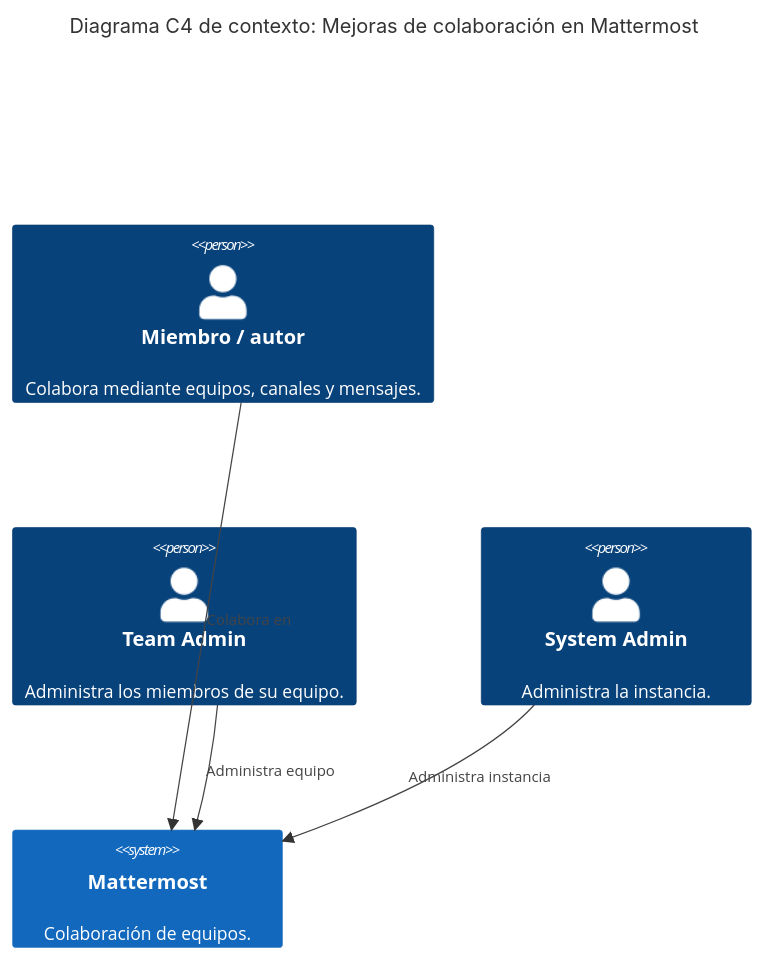
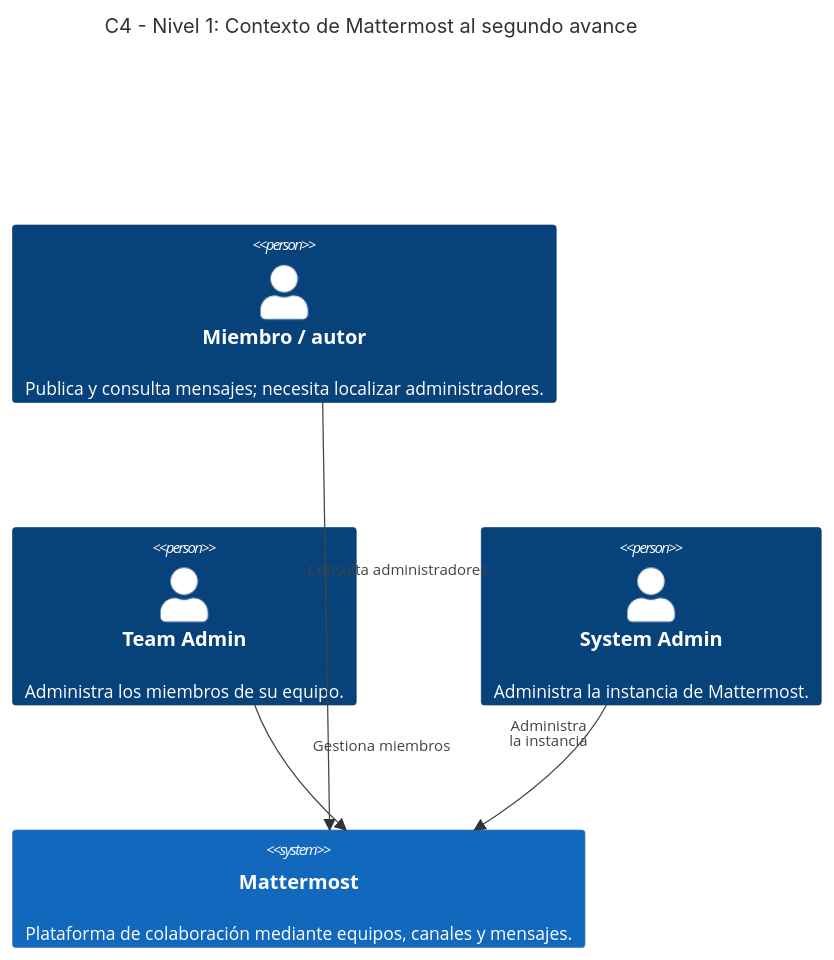
One commit to agvor/mattermost changed the diagram in pswe-07-grupo01/entregable01/arquitectura-c4-contexto.mmd. Above: the diagram before and after it, drawn with Mermaid. The commit also changed 7 other files, not shown here.

```diff
--- a/pswe-07-grupo01/entregable01/arquitectura-c4-contexto.mmd
+++ b/pswe-07-grupo01/entregable01/arquitectura-c4-contexto.mmd
@@ -1,14 +1,18 @@
 C4Context
-    title Diagrama C4 de contexto: Mejoras de colaboración en Mattermost
+    title C4 - Nivel 1: Contexto de Mattermost al segundo avance
 
-    Person(member, "Miembro / autor", "Colabora mediante equipos, canales y mensajes.")
+    Person(member, "Miembro / autor", "Publica y consulta mensajes; necesita localizar administradores.")
     Person(team_admin, "Team Admin", "Administra los miembros de su equipo.")
-    Person(system_admin, "System Admin", "Administra la instancia.")
+    Person(system_admin, "System Admin", "Administra la instancia de Mattermost.")
 
-    System(mattermost, "Mattermost", "Colaboración de equipos.")
+    System(mattermost, "Mattermost", "Plataforma de colaboración mediante equipos, canales y mensajes.")
 
-    Rel(member, mattermost, "Colabora en")
-    Rel(team_admin, mattermost, "Administra equipo")
-    Rel(system_admin, mattermost, "Administra instancia")
+    Rel(member, mattermost, "Consulta administradores")
+    Rel(team_admin, mattermost, "Gestiona miembros")
+    Rel(system_admin, mattermost, "Administra<br/>la instancia")
 
-    UpdateLayoutConfig($c4ShapeInRow="4", $c4BoundaryInRow="1")
+    UpdateRelStyle(member, mattermost, $offsetX="-15", $offsetY="-40")
+    UpdateRelStyle(team_admin, mattermost, $offsetX="10", $offsetY="-20")
+    UpdateRelStyle(system_admin, mattermost, $offsetX="-25", $offsetY="-30")
+
+    UpdateLayoutConfig($c4ShapeInRow="3", $c4BoundaryInRow="1")
```
